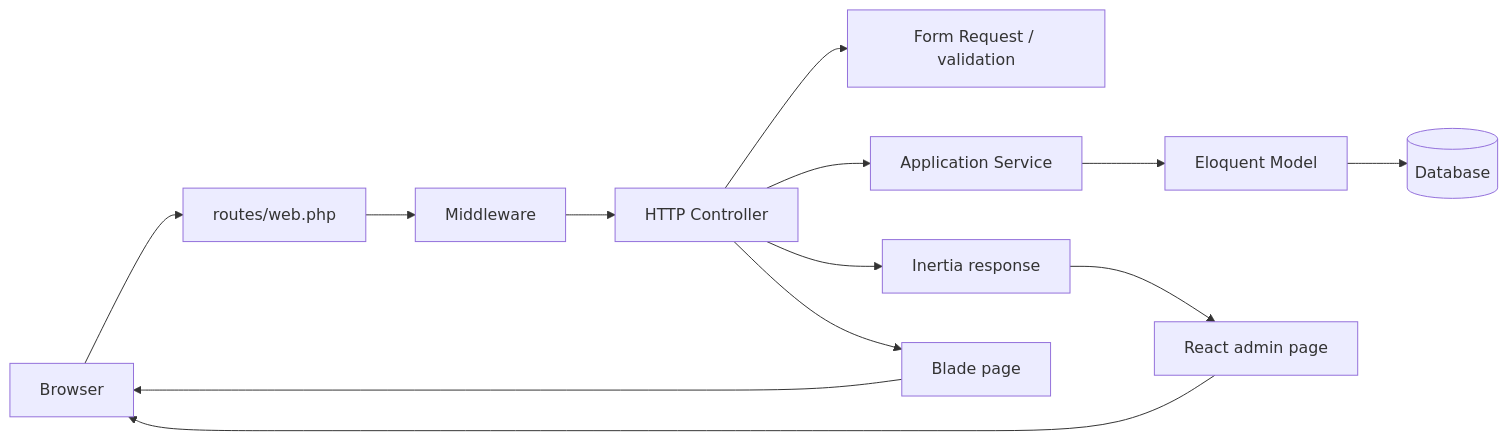
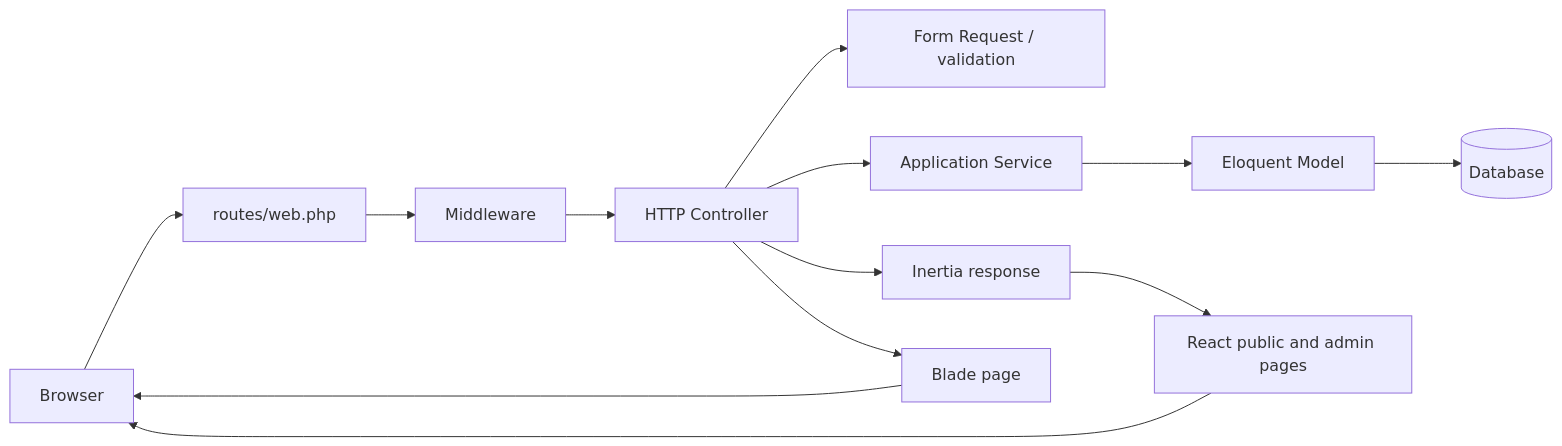
One commit to Risad212/Medicare changed the first of 3 diagrams in ARCHITECTURE.md. Above: the diagram before and after it, drawn with Mermaid. The commit also changed other lines of this file and 190 other files, not shown here.

Commit message:
feat: complete React admin migration

````diff
--- a/ARCHITECTURE.md
+++ b/ARCHITECTURE.md
@@ -5,21 +5,21 @@
 ```mermaid
 flowchart LR
     Browser["Browser"]
     Routes["routes/web.php"]
     Middleware["Middleware"]
     Controller["HTTP Controller"]
     Request["Form Request / validation"]
     Service["Application Service"]
     Model["Eloquent Model"]
     Database[("Database")]
     Inertia["Inertia response"]
-    React["React admin page"]
+    React["React public and admin pages"]
     Blade["Blade page"]
 
     Browser --> Routes --> Middleware --> Controller
     Controller --> Request
     Controller --> Service
     Service --> Model --> Database
     Controller --> Inertia --> React --> Browser
     Controller --> Blade --> Browser
 ```
````
